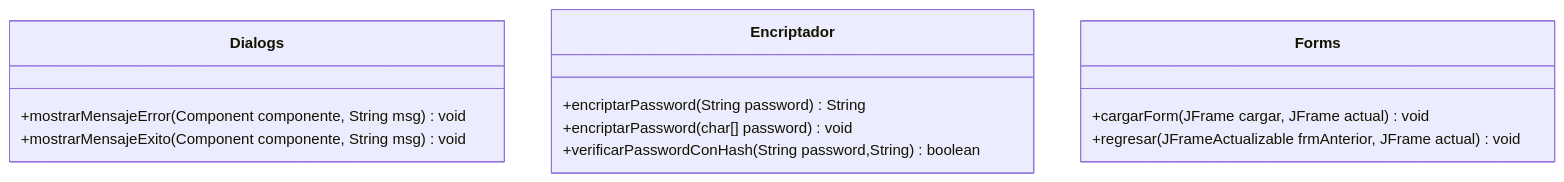
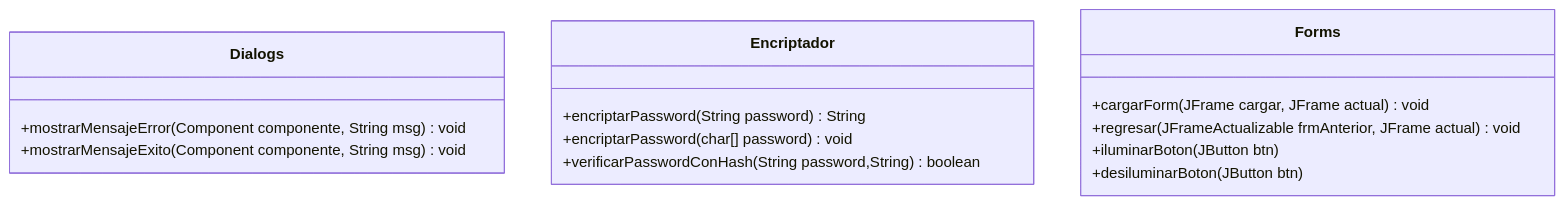
One commit to SilverFlin/Juatsap changed the first of 2 diagrams in 02_Design/DiagramasClases/utils.md. Above: the diagram before and after it, drawn with Mermaid. The commit also changed other lines of this file, not shown here.

````diff
--- a/02_Design/DiagramasClases/utils.md
+++ b/02_Design/DiagramasClases/utils.md
@@ -3,18 +3,20 @@
 ```mermaid
 classDiagram
 
 class Dialogs{
     +mostrarMensajeError(Component componente, String msg) void
     +mostrarMensajeExito(Component componente, String msg) void 
 }
 
 class Encriptador{
     +encriptarPassword(String password) String 
     +encriptarPassword(char[] password) void 
     +verificarPasswordConHash(String password,String) boolean
 }
 class Forms{
     +cargarForm (JFrame cargar, JFrame actual) void
     +regresar(JFrameActualizable frmAnterior, JFrame actual) void
+    +iluminarBoton(JButton btn)
+    +desiluminarBoton (JButton btn)
 }
 ```
````
